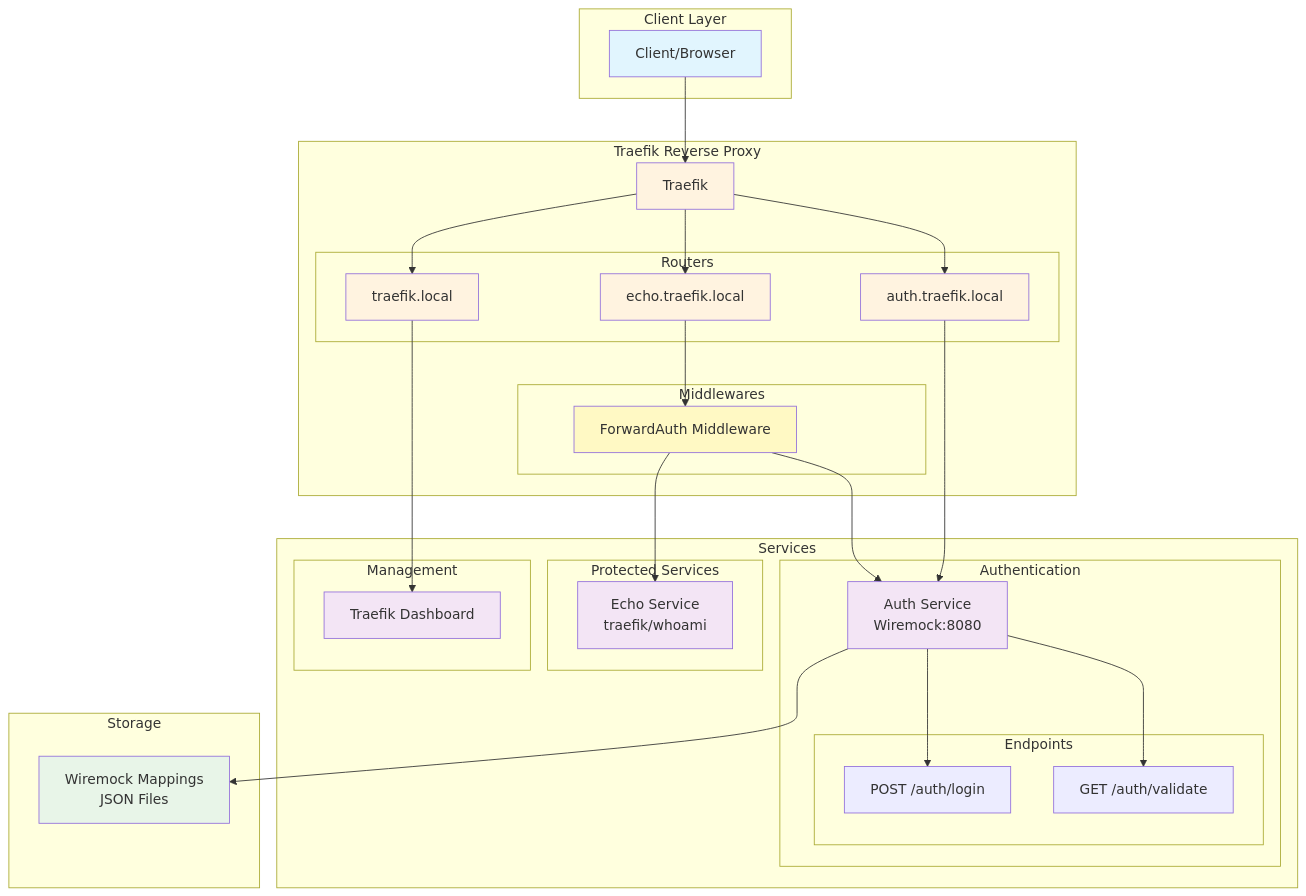
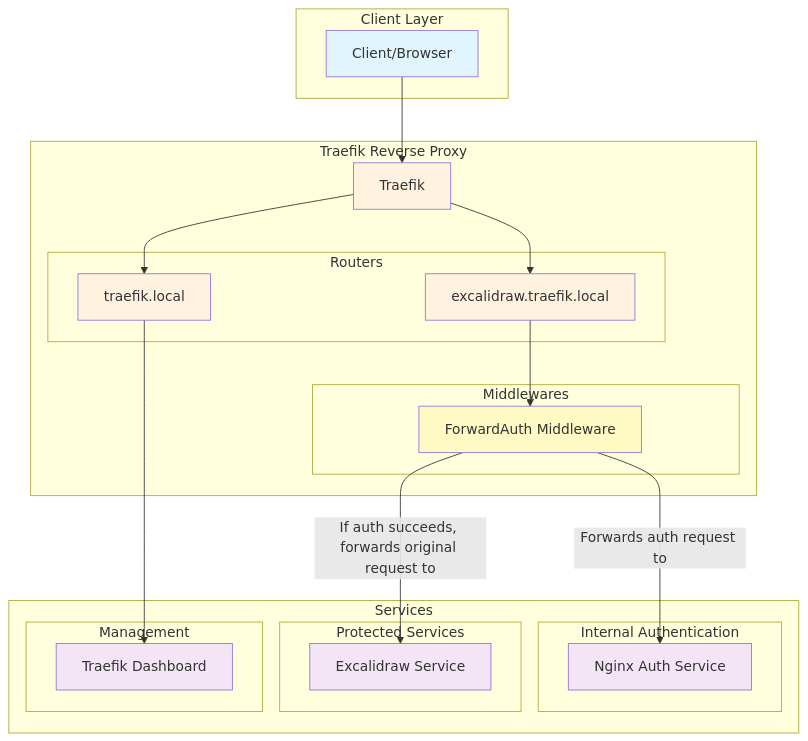
Before and after one commit to Trung-DV/traefik-forwardauth: the first of 2 diagrams in README.md, drawn with Mermaid. The commit also changed other lines of this file and 8 other files, not shown here.

Commit message:
Excalidraw auth by nginx

````diff
--- a/README.md
+++ b/README.md
@@ -17,77 +17,57 @@
 ```mermaid
 graph TB
     subgraph "Client Layer"
         Client[Client/Browser]
     end
     
     subgraph "Traefik Reverse Proxy"
         Traefik[Traefik]
         subgraph "Middlewares"
             ForwardAuth[ForwardAuth Middleware]
         end
         subgraph "Routers"
-            AuthRouter[auth.traefik.local]
-            EchoRouter[echo.traefik.local]
+            ExcalidrawRouter[excalidraw.traefik.local]
             TraefikRouter[traefik.local]
         end
     end
     
     subgraph "Services"
-        subgraph "Authentication"
-            Auth[Auth Service<br/>Wiremock:8080]
-            subgraph "Endpoints"
-                Login[POST /auth/login]
-                Validate[GET /auth/validate]
-            end
+        subgraph "Internal Authentication"
+            NginxAuth[Nginx Auth Service]
         end
         
         subgraph "Protected Services"
-            Echo[Echo Service<br/>traefik/whoami]
+            Excalidraw[Excalidraw Service]
         end
         
         subgraph "Management"
             Dashboard[Traefik Dashboard]
         end
     end
-    
-    subgraph "Storage"
-        Mappings[Wiremock Mappings<br/>JSON Files]
-    end
 
     %% Client connections
     Client --> Traefik
     
     %% Traefik routing
-    Traefik --> AuthRouter
-    Traefik --> EchoRouter
+    Traefik --> ExcalidrawRouter
     Traefik --> TraefikRouter
     
     %% Router to service mapping
-    AuthRouter --> Auth
-    EchoRouter --> ForwardAuth
+    ExcalidrawRouter --> ForwardAuth
     TraefikRouter --> Dashboard
     
     %% ForwardAuth flow
-    ForwardAuth --> Auth
-    ForwardAuth --> Echo
-    
-    %% Auth service endpoints
-    Auth --> Login
-    Auth --> Validate
-    
-    %% Data storage
-    Auth --> Mappings
+    ForwardAuth -- Forwards auth request to --> NginxAuth
+    ForwardAuth -- If auth succeeds, forwards original request to --> Excalidraw
     
     %% Styling
     classDef client fill:#e1f5fe
     classDef traefik fill:#fff3e0
     classDef service fill:#f3e5f5
-    classDef storage fill:#e8f5e8
     classDef middleware fill:#fff9c4
     
     class Client client
-    class Traefik,AuthRouter,EchoRouter,TraefikRouter traefik
-    class Auth,Echo,Dashboard service
-    class Mappings storage
+    class Traefik,ExcalidrawRouter,TraefikRouter traefik
+    class NginxAuth,Excalidraw,Dashboard service
     class ForwardAuth middleware
 ```
````
